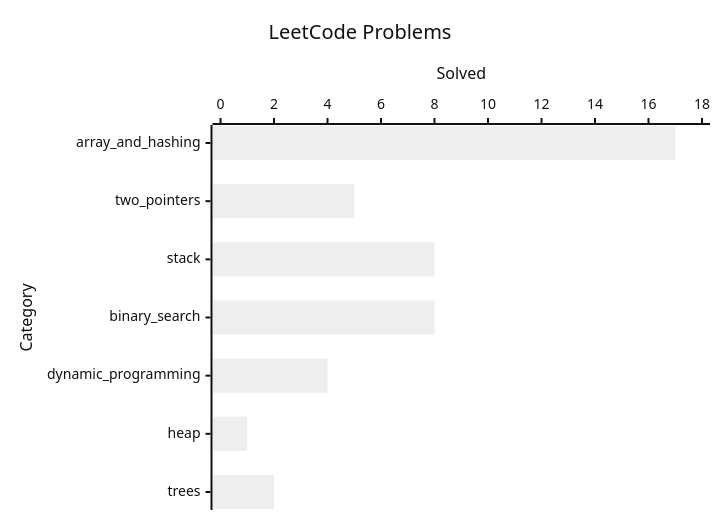
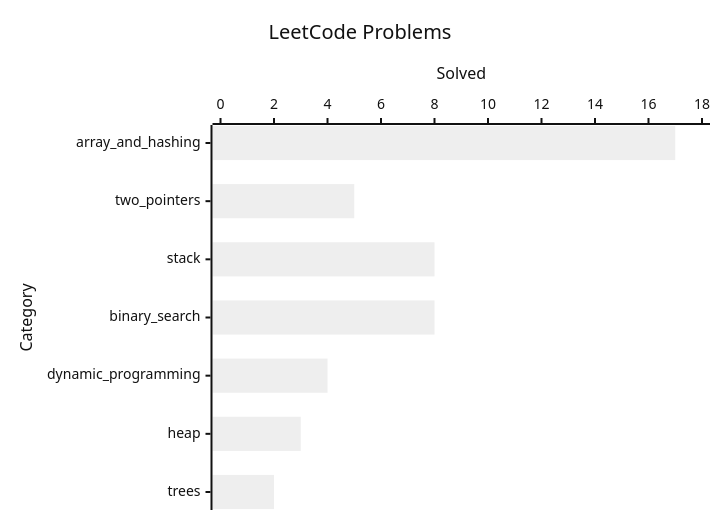
The diagram in README.md (kevinknights29/Leetcode_Gym), drawn with Mermaid (neutral theme) before and after one commit. The commit also changed other lines of this file, not shown here.

````diff
--- a/README.md
+++ b/README.md
@@ -7,7 +7,7 @@
 ```mermaid
 xychart-beta horizontal
     title "LeetCode Problems"
     x-axis "Category" [array_and_hashing, two_pointers, stack, binary_search, dynamic_programming, heap, trees]
     y-axis "Solved" 0 --> 18
-    bar [17, 5, 8, 8, 4, 1, 2, 1]
+    bar [17, 5, 8, 8, 4, 3, 2, 1]
 ```
````
